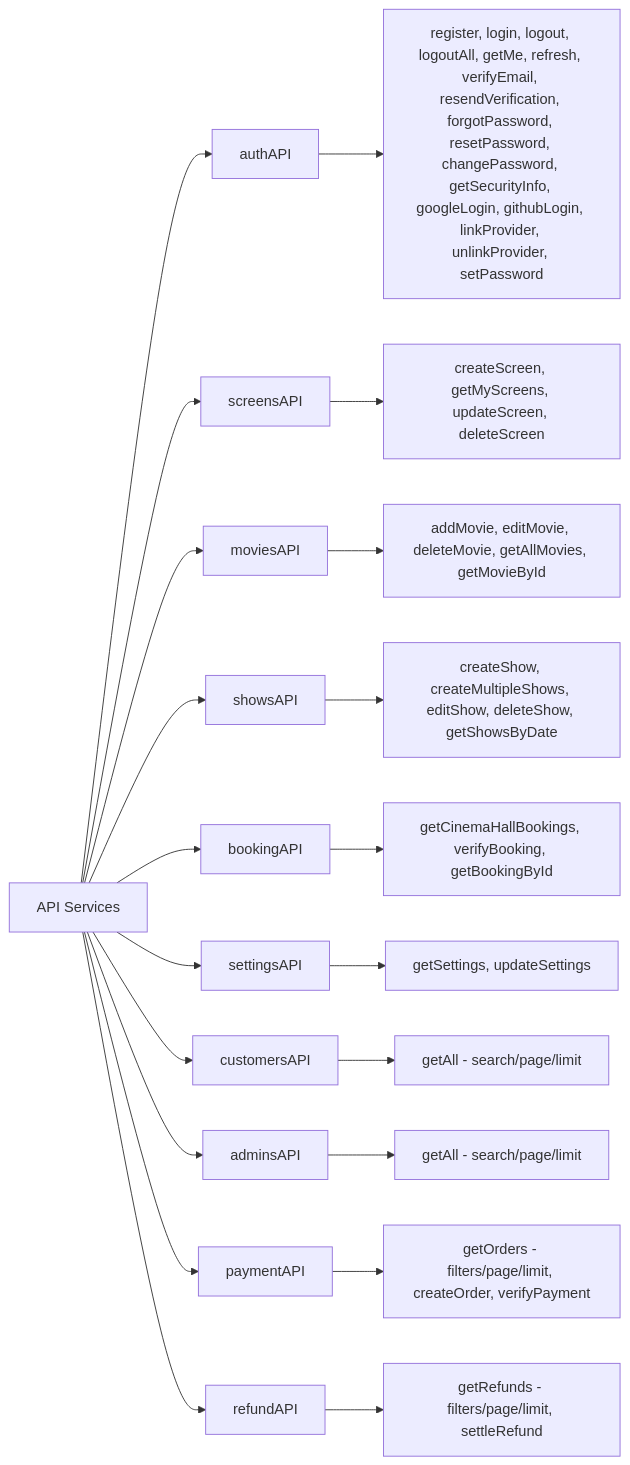
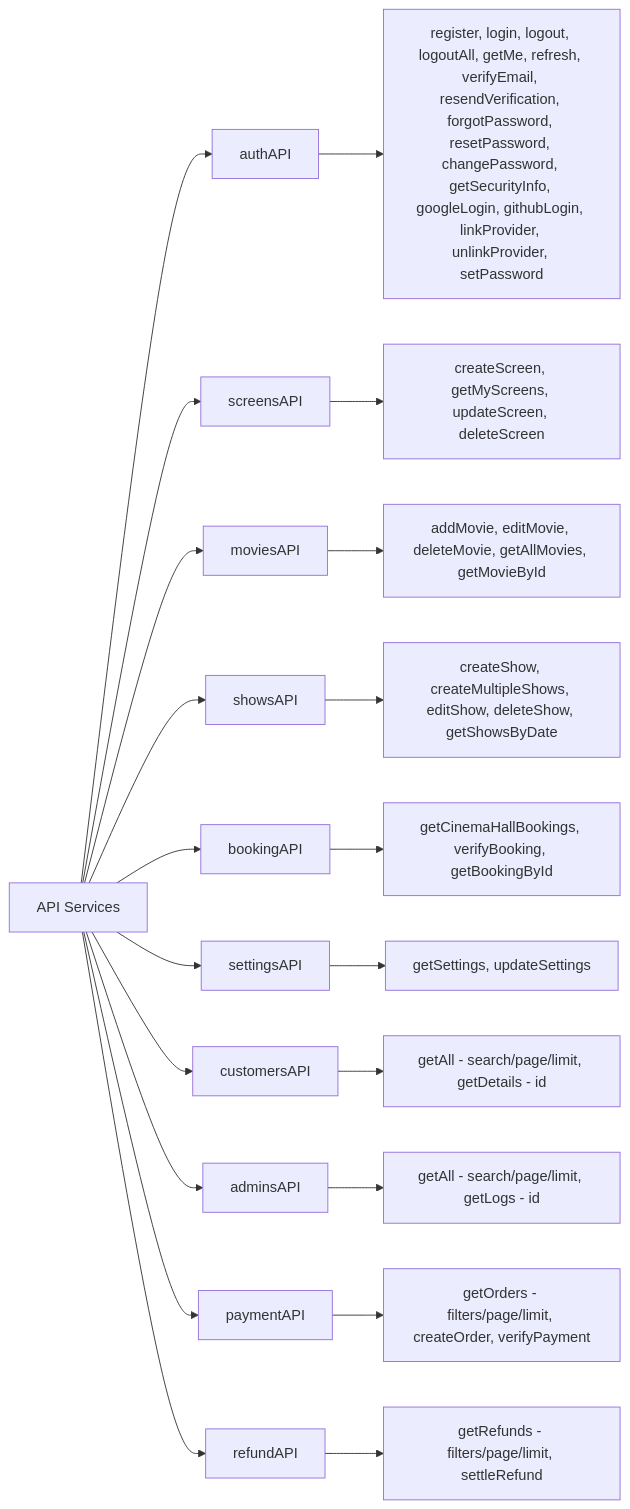
Before and after one commit to hduraimurugan/cinema-app-docs: diagram 12 of 17 in admin.md, drawn with Mermaid. The commit also changed other lines of this file and 1 other file, not shown here.

````diff
--- a/admin.md
+++ b/admin.md
@@ -1633,24 +1668,24 @@
 ```mermaid
 graph LR
     A[API Services] --> B[authAPI]
     A --> C[screensAPI]
     A --> D[moviesAPI]
     A --> E[showsAPI]
     A --> F[bookingAPI]
     A --> G2[settingsAPI]
     A --> G3[customersAPI]
     A --> G4[adminsAPI]
     A --> G5[paymentAPI]
     A --> G6[refundAPI]
 
     B --> G[register, login, logout, logoutAll, getMe, refresh, verifyEmail, resendVerification, forgotPassword, resetPassword, changePassword, getSecurityInfo, googleLogin, githubLogin, linkProvider, unlinkProvider, setPassword]
     C --> H[createScreen, getMyScreens, updateScreen, deleteScreen]
     D --> I[addMovie, editMovie, deleteMovie, getAllMovies, getMovieById]
     E --> J[createShow, createMultipleShows, editShow, deleteShow, getShowsByDate]
     F --> K[getCinemaHallBookings, verifyBooking, getBookingById]
     G2 --> L[getSettings, updateSettings]
-    G3 --> M[getAll - search/page/limit]
-    G4 --> N[getAll - search/page/limit]
+    G3 --> M[getAll - search/page/limit, getDetails - id]
+    G4 --> N[getAll - search/page/limit, getLogs - id]
     G5 --> O[getOrders - filters/page/limit, createOrder, verifyPayment]
     G6 --> P[getRefunds - filters/page/limit, settleRefund]
 ```
````
